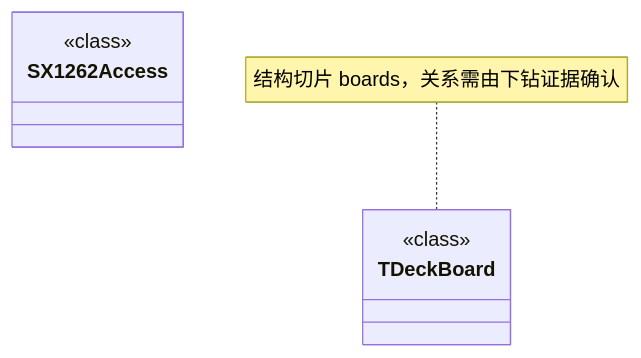
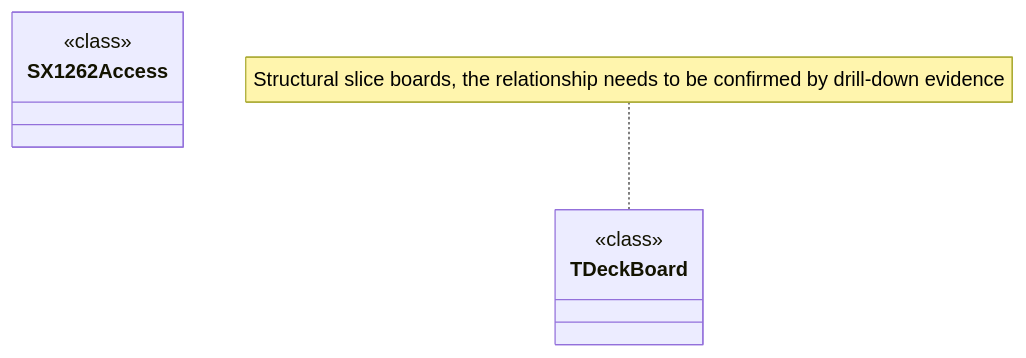
The diagram in docs/engineering/class-structural-diagrams/boards-tdeck-include-boards/class-structural-diagram.md (manmuqingshan/trail-mate), drawn with Mermaid before and after one commit. The commit also changed other lines of this file and 527 other files, not shown here.

````diff
--- a/docs/engineering/class-structural-diagrams/boards-tdeck-include-boards/class-structural-diagram.md
+++ b/docs/engineering/class-structural-diagrams/boards-tdeck-include-boards/class-structural-diagram.md
@@ -42,10 +42,10 @@
 ```mermaid
 classDiagram
   class TDeckBoard["TDeckBoard"] {
     <<class>>
   }
   class SX1262Access["SX1262Access"] {
     <<class>>
   }
-  note for TDeckBoard "结构切片 boards，关系需由下钻证据确认"
+ note for TDeckBoard "Structural slice boards, the relationship needs to be confirmed by drill-down evidence"
 ```
````
